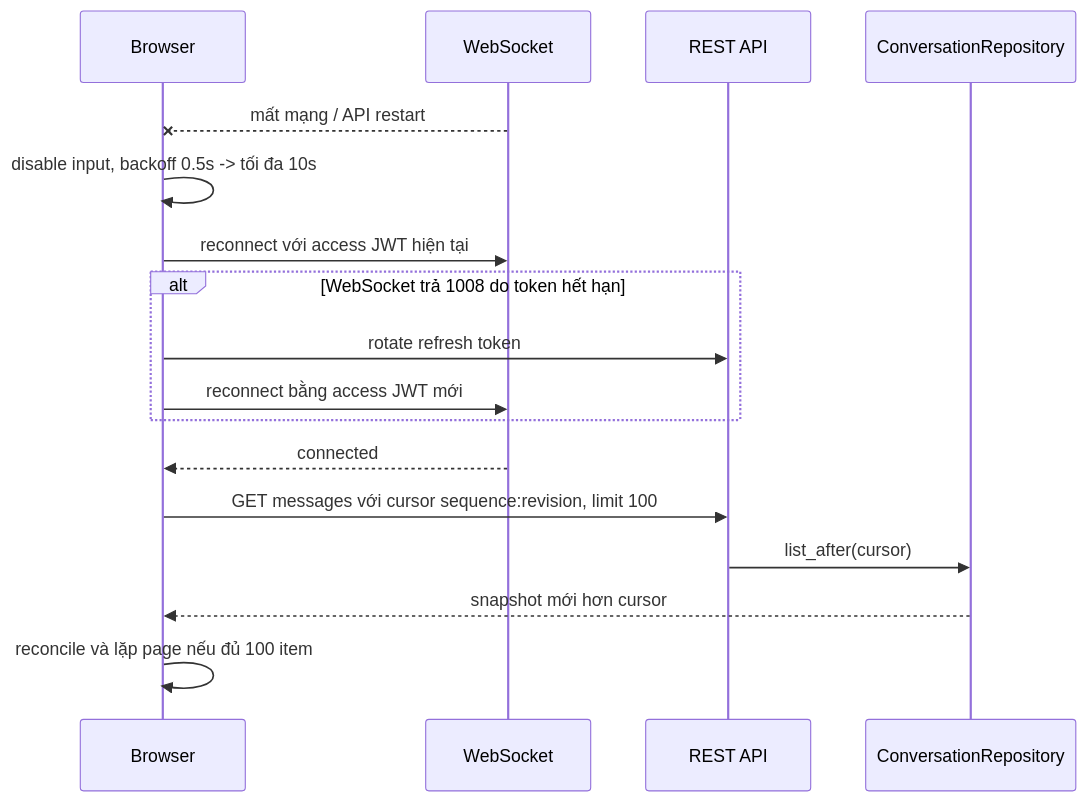
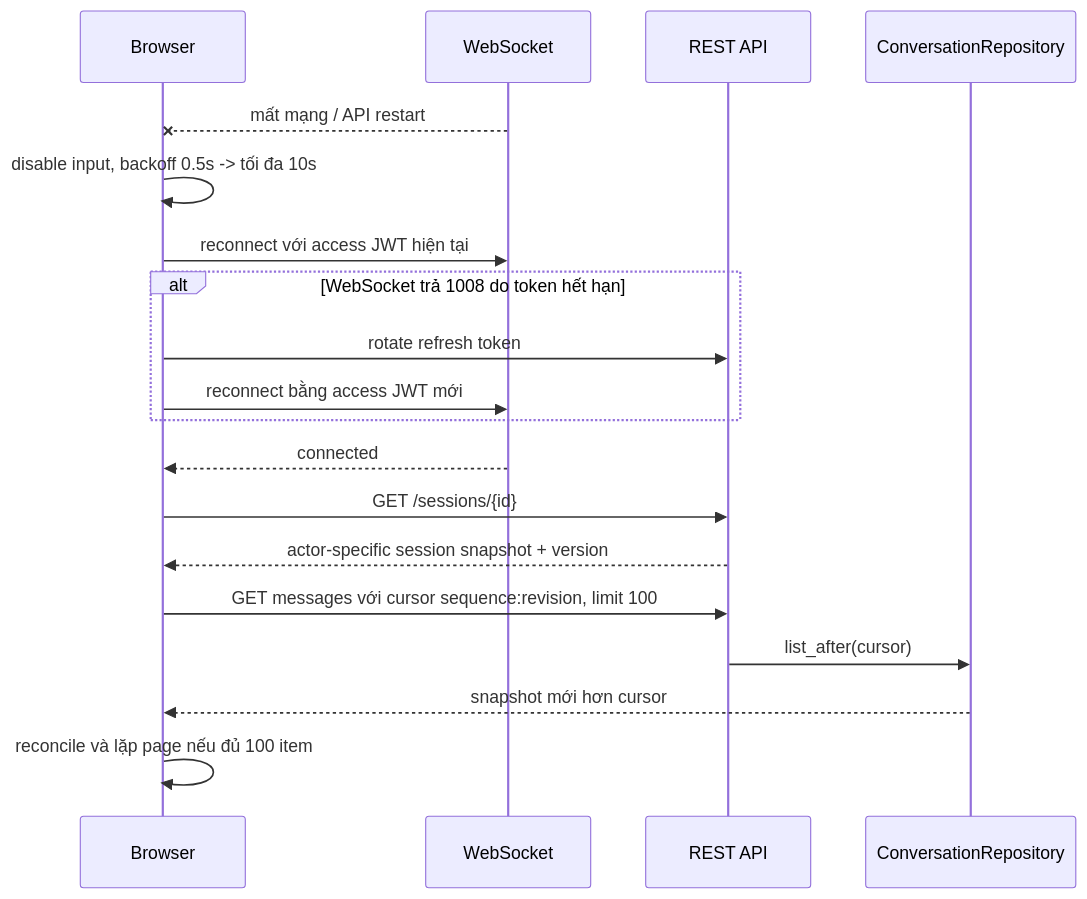
One commit to thinhphan97/PersonaForge changed the sixth of 8 diagrams in docs/server-flow.md. Above: the diagram before and after it, drawn with Mermaid. The commit also changed other lines of this file and 10 other files, not shown here.

````diff
--- a/docs/server-flow.md
+++ b/docs/server-flow.md
@@ -230,20 +230,22 @@
 ```mermaid
 sequenceDiagram
     participant B as Browser
     participant WS as WebSocket
     participant API as REST API
     participant DB as ConversationRepository
 
     WS--xB: mất mạng / API restart
     B->>B: disable input, backoff 0.5s -> tối đa 10s
     B->>WS: reconnect với access JWT hiện tại
     alt WebSocket trả 1008 do token hết hạn
         B->>API: rotate refresh token
         B->>WS: reconnect bằng access JWT mới
     end
     WS-->>B: connected
+    B->>API: GET /sessions/{id}
+    API-->>B: actor-specific session snapshot + version
     B->>API: GET messages với cursor sequence:revision, limit 100
     API->>DB: list_after(cursor)
     DB-->>B: snapshot mới hơn cursor
     B->>B: reconcile và lặp page nếu đủ 100 item
 ```
````
